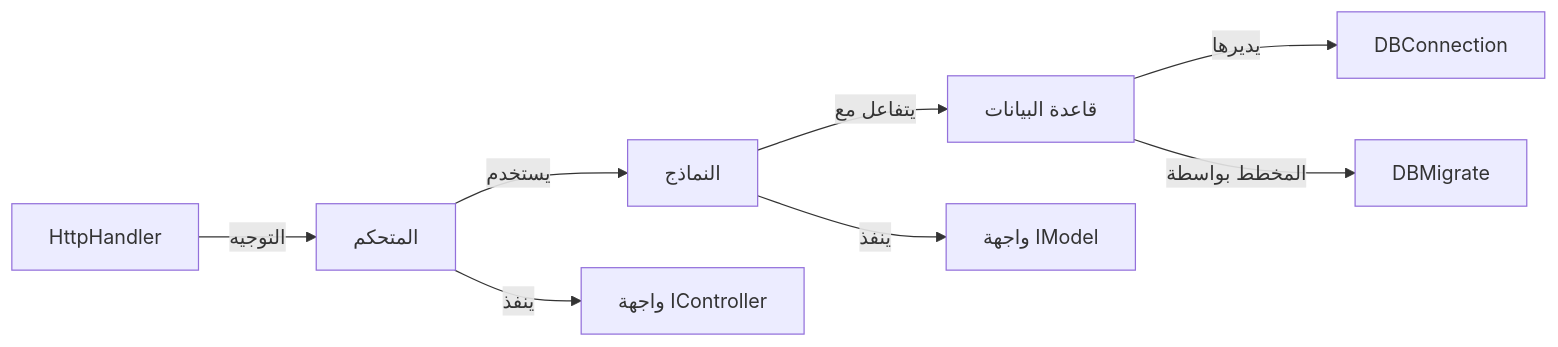
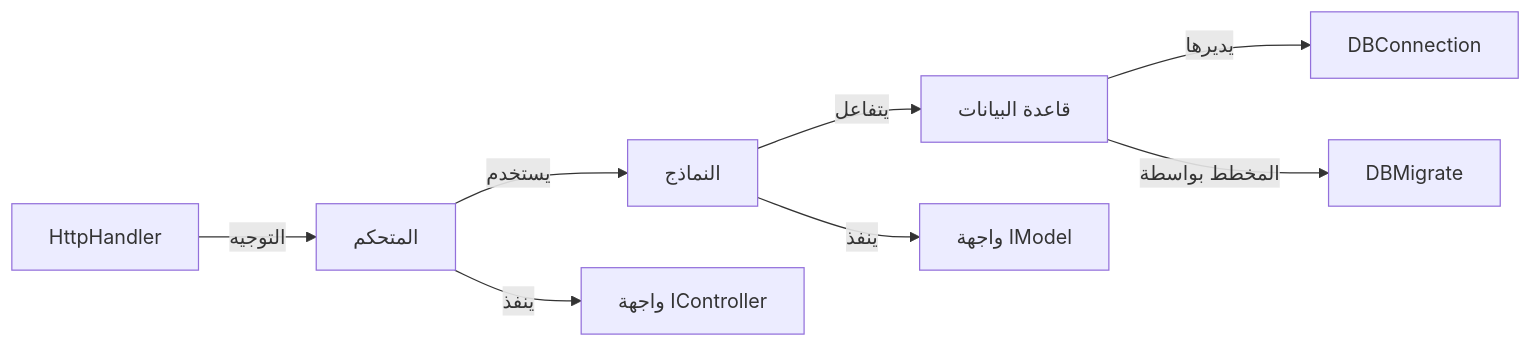
Before and after one commit to secure73/MicrosPy: the fourth of 4 diagrams in DOCUMENTATION.ar.md, drawn with Mermaid. The commit also changed other lines of this file and 2 other files, not shown here.

````diff
--- a/DOCUMENTATION.ar.md
+++ b/DOCUMENTATION.ar.md
@@ -586,10 +559,10 @@
 ```mermaid
 graph LR
     A[HttpHandler] -->|التوجيه| B[المتحكم]
     B -->|يستخدم| C[النماذج]
-    C -->|يتفاعل مع| D[قاعدة البيانات]
+    C -->|يتفاعل| D[قاعدة البيانات]
     B -->|ينفذ| E[واجهة IController]
     C -->|ينفذ| F[واجهة IModel]
     D -->|يديرها| G[DBConnection]
     D -->|المخطط بواسطة| H[DBMigrate]
 ```
````
